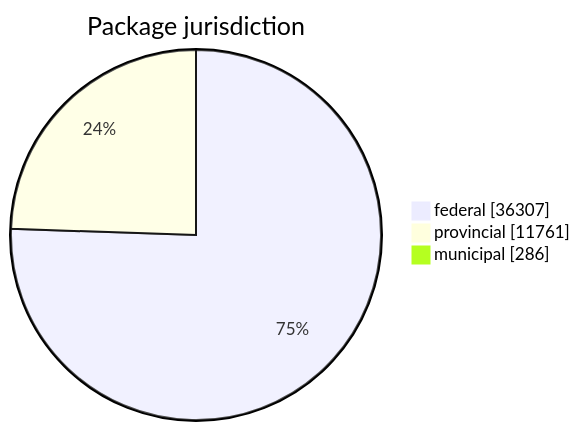
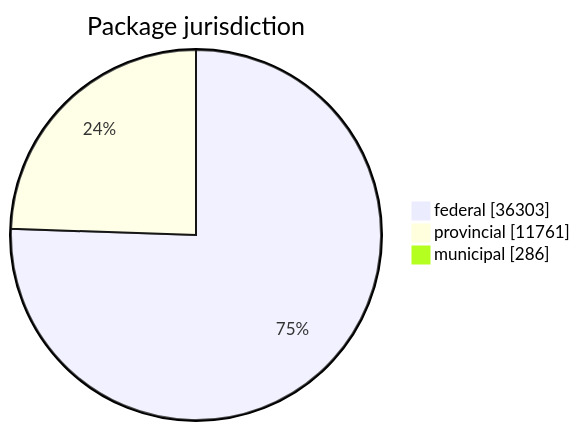
Before and after one commit to open-data/analytics-corporate-reporting: the first of 5 diagrams in FreshCheck/README.md, drawn with Mermaid. The commit also changed other lines of this file and 3 other files, not shown here.

````diff
--- a/FreshCheck/README.md
+++ b/FreshCheck/README.md
@@ -60,6 +60,6 @@
 ```mermaid
 pie showData title Package jurisdiction
-    "federal": 36307
+    "federal": 36303
     "provincial": 11761
     "municipal": 286
 ```
````
